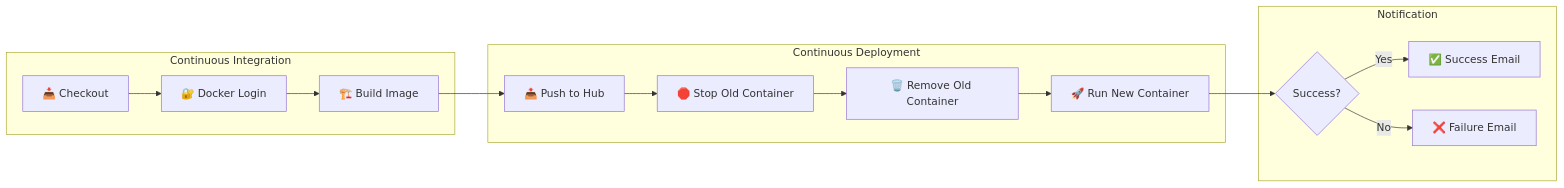
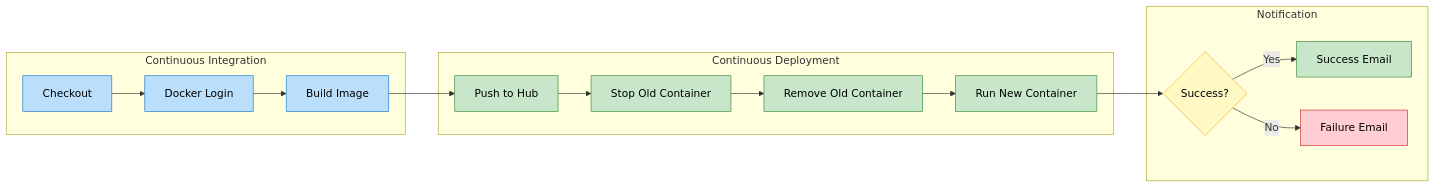
The second of 5 diagrams in README.md (Kasim2908/CI-CD-FIRST), drawn with Mermaid before and after one commit. The commit also changed other lines of this file, not shown here.

````diff
--- a/README.md
+++ b/README.md
@@ -79,20 +91,31 @@
 ```mermaid
 flowchart LR
-    subgraph CI["Continuous Integration"]
-        A[📥 Checkout] --> B[🔐 Docker Login]
-        B --> C[🏗️ Build Image]
+    subgraph CI[" Continuous Integration "]
+        A[Checkout] --> B[Docker Login]
+        B --> C[Build Image]
     end
     
-    subgraph CD["Continuous Deployment"]
-        C --> D[📤 Push to Hub]
-        D --> E[🛑 Stop Old Container]
-        E --> F[🗑️ Remove Old Container]
-        F --> G[🚀 Run New Container]
+    subgraph CD[" Continuous Deployment "]
+        C --> D[Push to Hub]
+        D --> E[Stop Old Container]
+        E --> F[Remove Old Container]
+        F --> G[Run New Container]
     end
     
-    subgraph Notify["Notification"]
+    subgraph Notify[" Notification "]
         G --> H{Success?}
-        H -->|Yes| I[✅ Success Email]
-        H -->|No| J[❌ Failure Email]
+        H -->|Yes| I[Success Email]
+        H -->|No| J[Failure Email]
     end
+
+    style A fill:#bbdefb,stroke:#1976d2,color:#000000
+    style B fill:#bbdefb,stroke:#1976d2,color:#000000
+    style C fill:#bbdefb,stroke:#1976d2,color:#000000
+    style D fill:#c8e6c9,stroke:#388e3c,color:#000000
+    style E fill:#c8e6c9,stroke:#388e3c,color:#000000
+    style F fill:#c8e6c9,stroke:#388e3c,color:#000000
+    style G fill:#c8e6c9,stroke:#388e3c,color:#000000
+    style H fill:#fff9c4,stroke:#f9a825,color:#000000
+    style I fill:#c8e6c9,stroke:#388e3c,color:#000000
+    style J fill:#ffcdd2,stroke:#d32f2f,color:#000000
 ```
````
